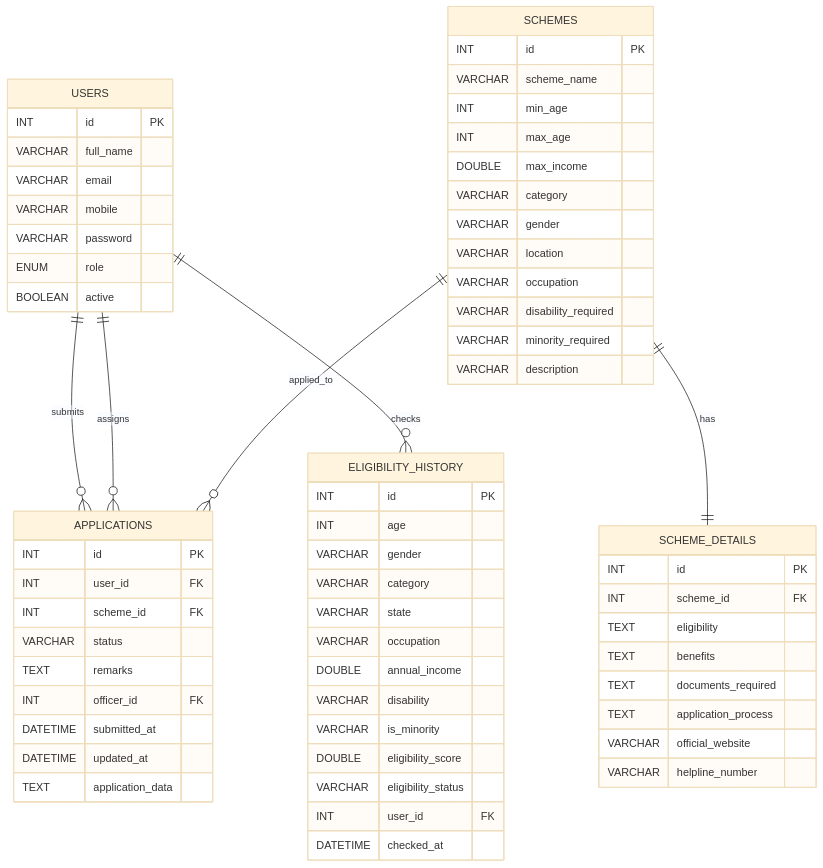
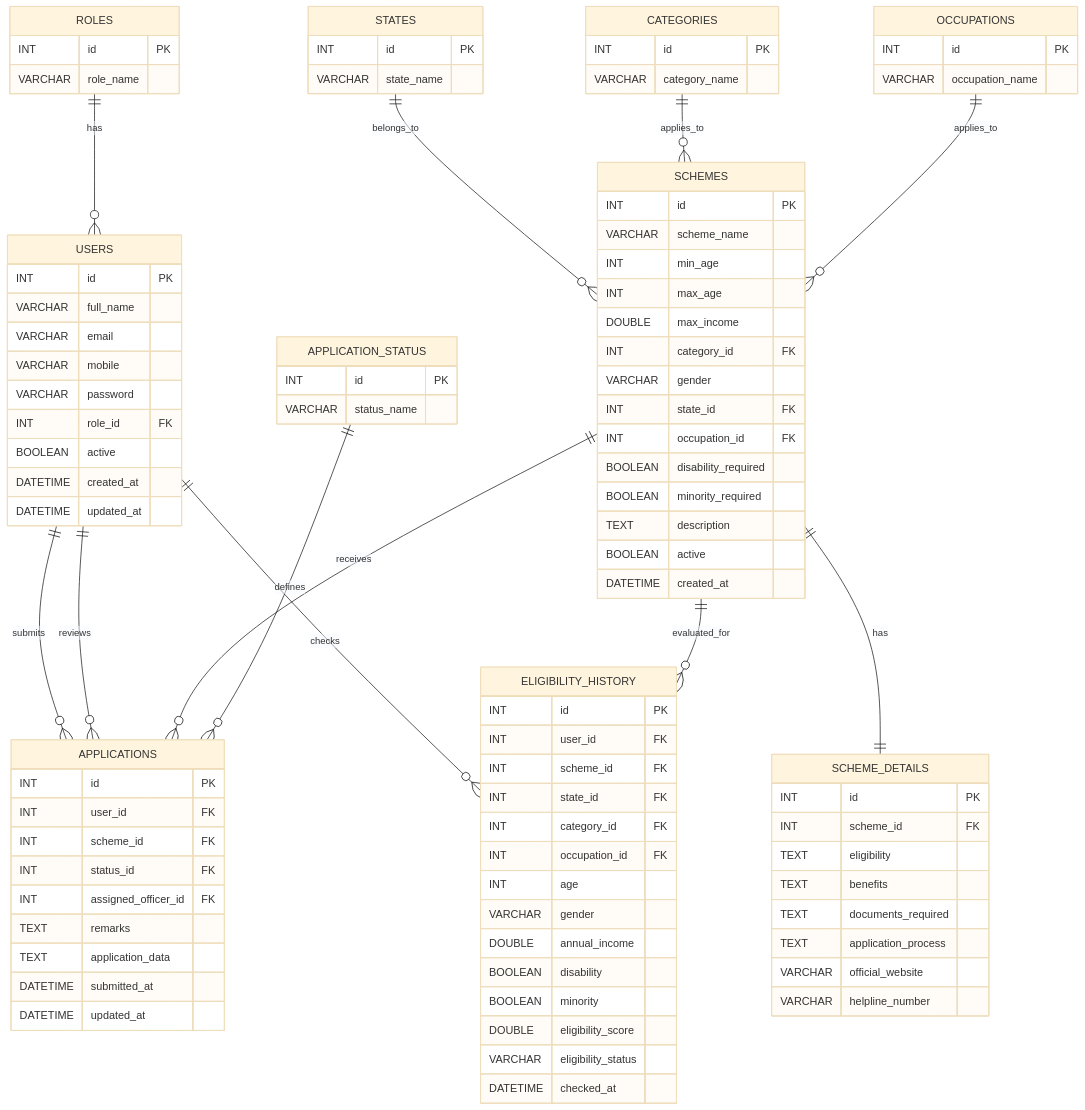
One commit to Karthi247/Government-Welfare-Advisory-System changed the diagram in database/Entity Diagram/Er_diagram.mmd. Above: the diagram before and after it, drawn with Mermaid (base theme). The commit also changed 16 other files, not shown here.

```diff
--- a/database/Entity Diagram/Er_diagram.mmd
+++ b/database/Entity Diagram/Er_diagram.mmd
@@ -1,70 +1,110 @@
 erDiagram
+
     USERS {
         INT id PK
         VARCHAR full_name
         VARCHAR email
         VARCHAR mobile
         VARCHAR password
-        ENUM role
+        INT role_id FK
         BOOLEAN active
+        DATETIME created_at
+        DATETIME updated_at
+    }
+
+    ROLES {
+        INT id PK
+        VARCHAR role_name
+    }
+
+    STATES {
+        INT id PK
+        VARCHAR state_name
+    }
+
+    CATEGORIES {
+        INT id PK
+        VARCHAR category_name
+    }
+
+    OCCUPATIONS {
+        INT id PK
+        VARCHAR occupation_name
     }
 
     SCHEMES {
         INT id PK
         VARCHAR scheme_name
         INT min_age
         INT max_age
         DOUBLE max_income
-        VARCHAR category
+        INT category_id FK
         VARCHAR gender
-        VARCHAR location
-        VARCHAR occupation
-        VARCHAR disability_required
-        VARCHAR minority_required
-        VARCHAR description
+        INT state_id FK
+        INT occupation_id FK
+        BOOLEAN disability_required
+        BOOLEAN minority_required
+        TEXT description
+        BOOLEAN active
+        DATETIME created_at
     }
 
     SCHEME_DETAILS {
         INT id PK
         INT scheme_id FK
         TEXT eligibility
         TEXT benefits
         TEXT documents_required
         TEXT application_process
         VARCHAR official_website
         VARCHAR helpline_number
     }
 
+    APPLICATION_STATUS {
+        INT id PK
+        VARCHAR status_name
+    }
+
     APPLICATIONS {
         INT id PK
         INT user_id FK
         INT scheme_id FK
-        VARCHAR status
+        INT status_id FK
+        INT assigned_officer_id FK
         TEXT remarks
-        INT officer_id FK
+        TEXT application_data
         DATETIME submitted_at
         DATETIME updated_at
-        TEXT application_data
     }
 
     ELIGIBILITY_HISTORY {
         INT id PK
+        INT user_id FK
+        INT scheme_id FK
+        INT state_id FK
+        INT category_id FK
+        INT occupation_id FK
         INT age
         VARCHAR gender
-        VARCHAR category
-        VARCHAR state
-        VARCHAR occupation
         DOUBLE annual_income
-        VARCHAR disability
-        VARCHAR is_minority
+        BOOLEAN disability
+        BOOLEAN minority
         DOUBLE eligibility_score
         VARCHAR eligibility_status
-        INT user_id FK
         DATETIME checked_at
     }
 
+    ROLES ||--o{ USERS : has
     USERS ||--o{ APPLICATIONS : submits
-    USERS ||--o{ APPLICATIONS : assigns
-    SCHEMES ||--o{ APPLICATIONS : applied_to
+    USERS ||--o{ APPLICATIONS : reviews
+    USERS ||--o{ ELIGIBILITY_HISTORY : checks
+
+    STATES ||--o{ SCHEMES : belongs_to
+    CATEGORIES ||--o{ SCHEMES : applies_to
+    OCCUPATIONS ||--o{ SCHEMES : applies_to
+
     SCHEMES ||--|| SCHEME_DETAILS : has
-    USERS ||--o{ ELIGIBILITY_HISTORY : checks
+    SCHEMES ||--o{ APPLICATIONS : receives
+    SCHEMES ||--o{ ELIGIBILITY_HISTORY : evaluated_for
+
+    APPLICATION_STATUS ||--o{ APPLICATIONS : defines
```
